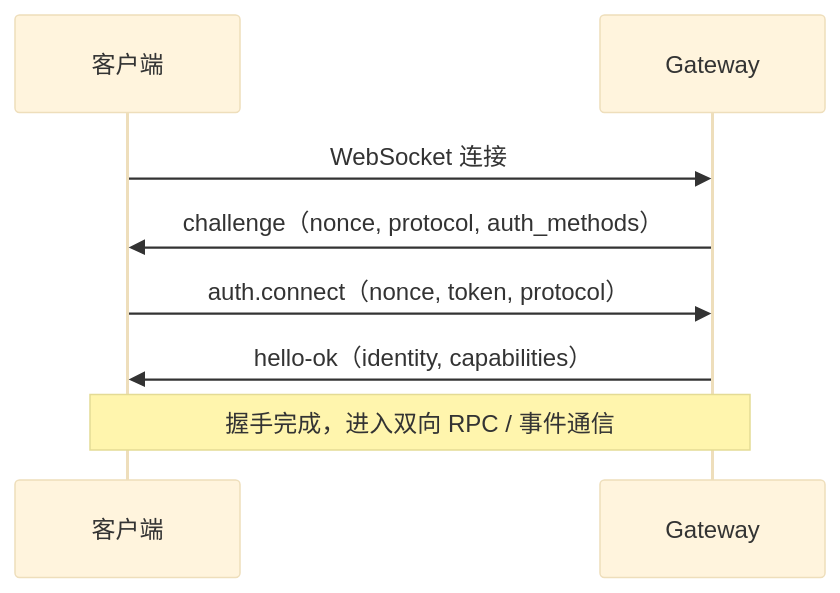
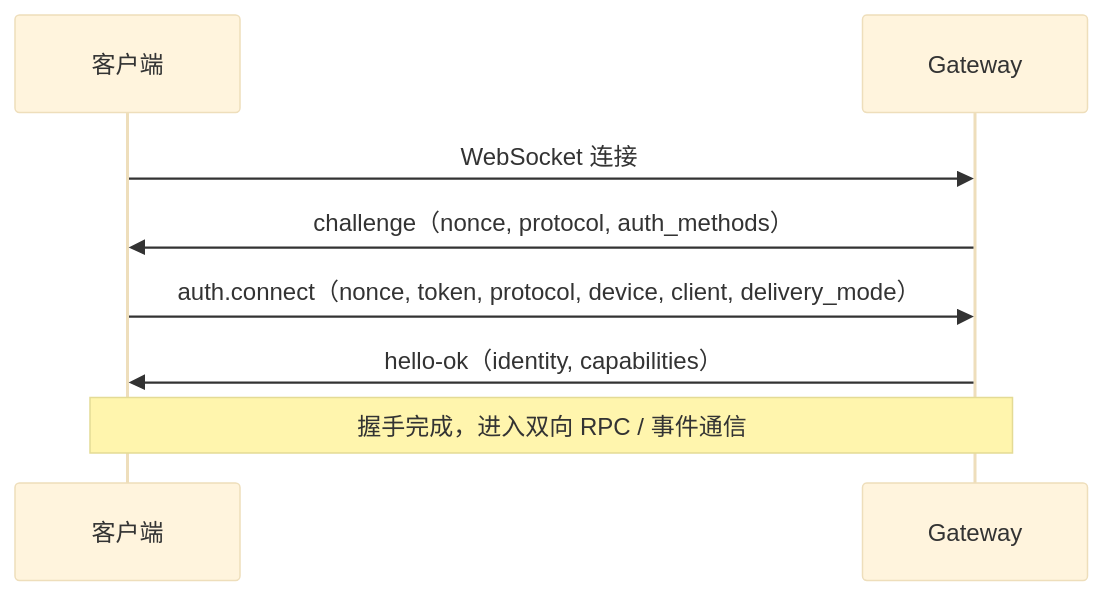
Before and after one commit to ModelUnion/aun-sdk-core: the diagram in docs/sdk/02-WebSocket协议.md, drawn with Mermaid (base theme). The commit also changed other lines of this file and 141 other files, not shown here.

````diff
--- a/docs/sdk/02-WebSocket协议.md
+++ b/docs/sdk/02-WebSocket协议.md
@@ -9,11 +9,11 @@
 ```mermaid
 sequenceDiagram
     participant C as 客户端
     participant G as Gateway
 
     C->>G: WebSocket 连接
     G->>C: challenge（nonce, protocol, auth_methods）
-    C->>G: auth.connect（nonce, token, protocol）
+    C->>G: auth.connect（nonce, token, protocol, device, client, delivery_mode）
     G->>C: hello-ok（identity, capabilities）
     Note over C,G: 握手完成，进入双向 RPC / 事件通信
 ```
````
